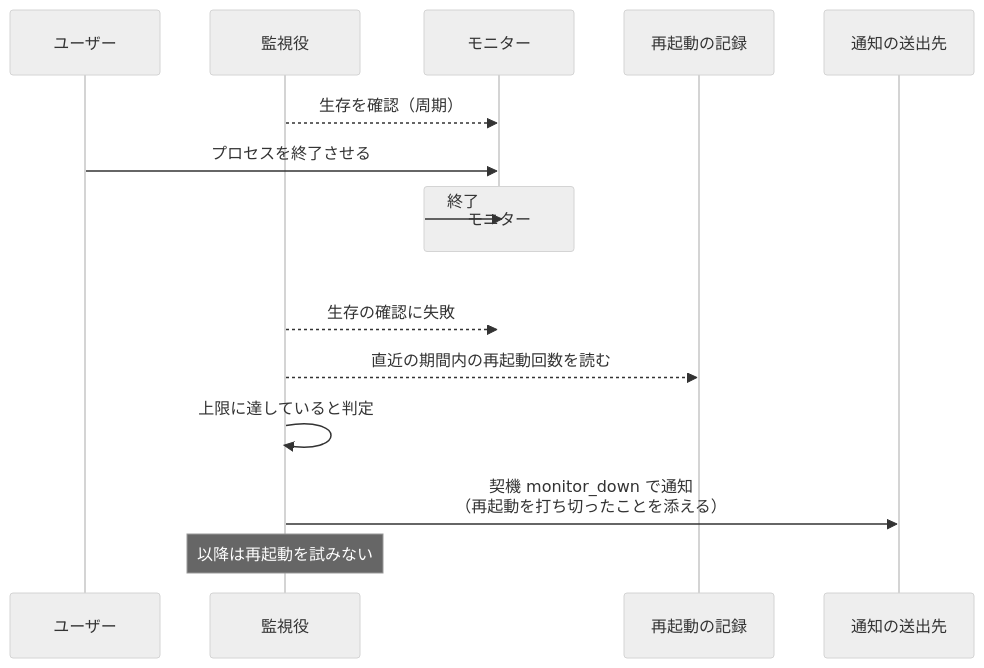
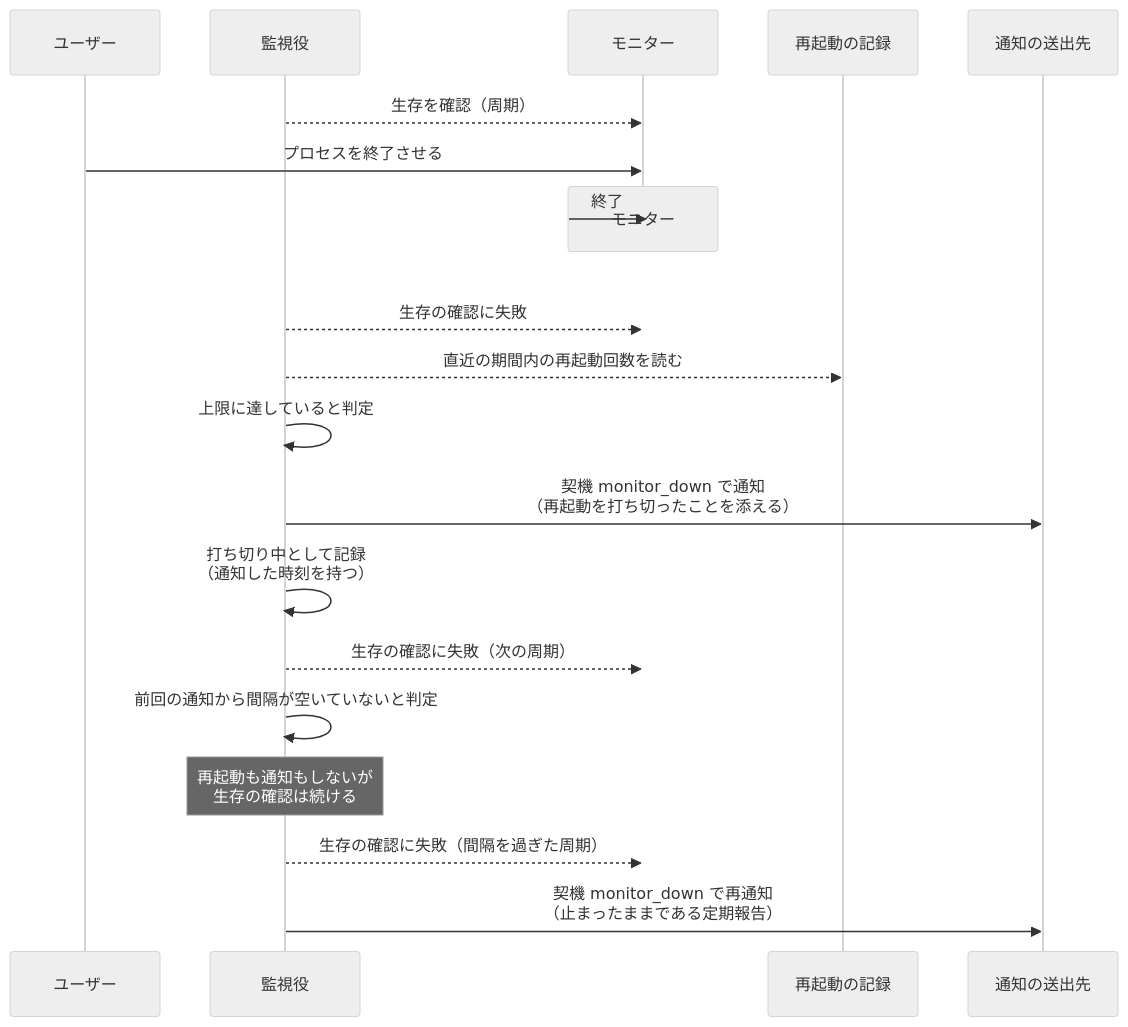
The second of 6 diagrams in docs/wiki/設計図/シナリオ/単一ユースケース/プロセス死活監視.md (shuhei1101/ai-monitor), drawn with Mermaid (neutral theme) before and after one commit. The commit also changed other lines of this file and 25 other files, not shown here.

````diff
--- a/docs/wiki/設計図/シナリオ/単一ユースケース/プロセス死活監視.md
+++ b/docs/wiki/設計図/シナリオ/単一ユースケース/プロセス死活監視.md
@@ -92,18 +68,23 @@
 ```mermaid
 sequenceDiagram
   participant U as ユーザー
   participant W as 監視役
   participant MON as モニター
   participant F as 再起動の記録
   participant N as 通知の送出先
 
   W-->>MON: 生存を確認（周期）
   U->>MON: プロセスを終了させる
   destroy MON
   MON->>MON: 終了
   W-->>MON: 生存の確認に失敗
   W-->>F: 直近の期間内の再起動回数を読む
   W->>W: 上限に達していると判定
   W->>N: 契機 monitor_down で通知<br>（再起動を打ち切ったことを添える）
-  Note over W: 以降は再起動を試みない
+  W->>W: 打ち切り中として記録<br>（通知した時刻を持つ）
+  W-->>MON: 生存の確認に失敗（次の周期）
+  W->>W: 前回の通知から間隔が空いていないと判定
+  Note over W: 再起動も通知もしないが<br>生存の確認は続ける
+  W-->>MON: 生存の確認に失敗（間隔を過ぎた周期）
+  W->>N: 契機 monitor_down で再通知<br>（止まったままである定期報告）
 ```
````
